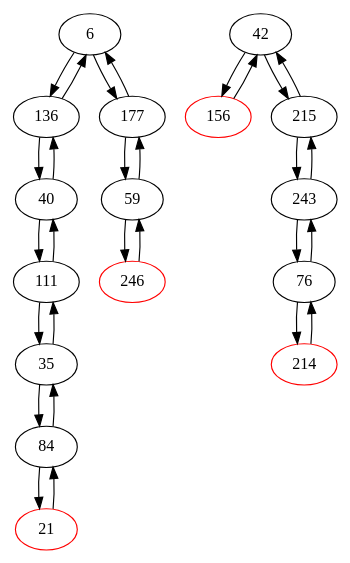
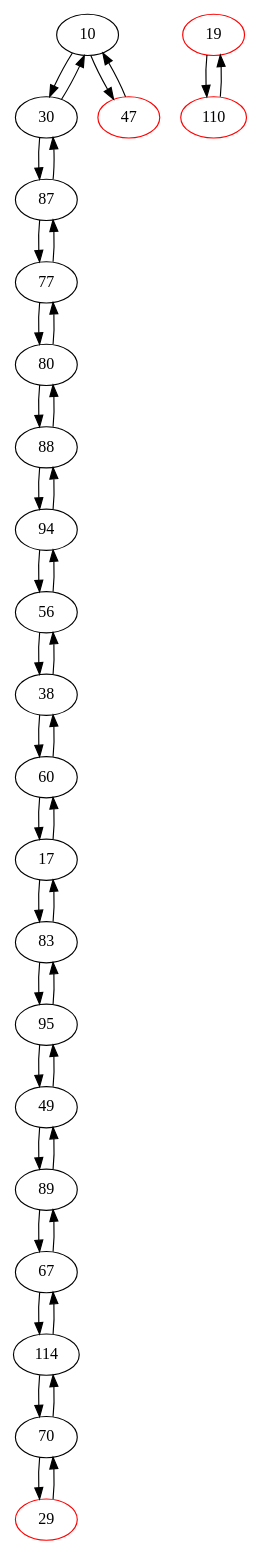
One commit to AuCson/Genome-Assembly-Implementation changed the diagram in external/dbg2olc/CleanedBestOverlapGraph.dot. Above: the diagram before and after it, drawn with Graphviz. The commit also changed 79 other files, not shown here.

```diff
--- a/external/dbg2olc/CleanedBestOverlapGraph.dot
+++ b/external/dbg2olc/CleanedBestOverlapGraph.dot
@@ -1,46 +1,64 @@
 digraph G {
-6 -> 136;
-21 -> 84;
-35 -> 111;
-40 -> 111;
-42 -> 156;
-59 -> 246;
-76 -> 214;
-84 -> 21;
-111 -> 35;
-136 -> 6;
-177 -> 59;
-215 -> 42;
-243 -> 215;
-246 -> 59;
-6 -> 177;
-35 -> 84;
-40 -> 136;
-42 -> 215;
-59 -> 177;
-76 -> 243;
-84 -> 35;
-111 -> 40;
-136 -> 40;
-156 -> 42;
-177 -> 6;
-214 -> 76;
-215 -> 243;
-243 -> 76;
-6
-21[color=red];
-35
-40
-42
-59
-76
-84
-111
-136
-156[color=red];
-177
-214[color=red];
-215
-243
-246[color=red];
+10 -> 30;
+17 -> 60;
+30 -> 10;
+38 -> 60;
+47 -> 10;
+49 -> 95;
+56 -> 94;
+60 -> 38;
+67 -> 114;
+70 -> 114;
+77 -> 87;
+80 -> 77;
+83 -> 95;
+87 -> 77;
+88 -> 80;
+89 -> 67;
+94 -> 88;
+95 -> 49;
+114 -> 67;
+10 -> 47;
+17 -> 83;
+19 -> 110;
+29 -> 70;
+30 -> 87;
+38 -> 56;
+49 -> 89;
+56 -> 38;
+60 -> 17;
+67 -> 89;
+70 -> 29;
+77 -> 80;
+80 -> 88;
+83 -> 17;
+87 -> 30;
+88 -> 94;
+89 -> 49;
+94 -> 56;
+95 -> 83;
+110 -> 19;
+114 -> 70;
+10
+17
+19[color=red];
+29[color=red];
+30
+38
+47[color=red];
+49
+56
+60
+67
+70
+77
+80
+83
+87
+88
+89
+94
+95
+110[color=red];
+114
 }
```
